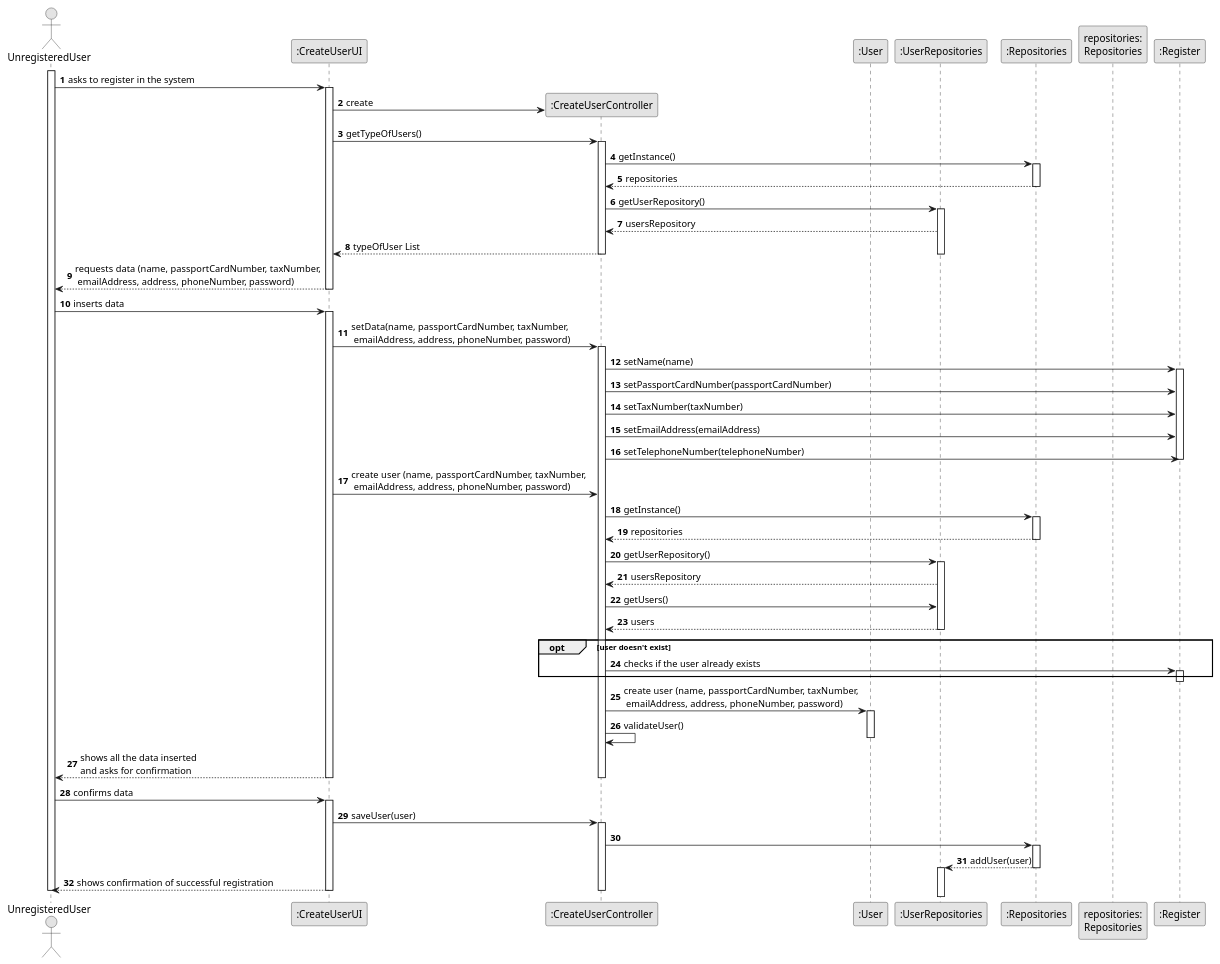
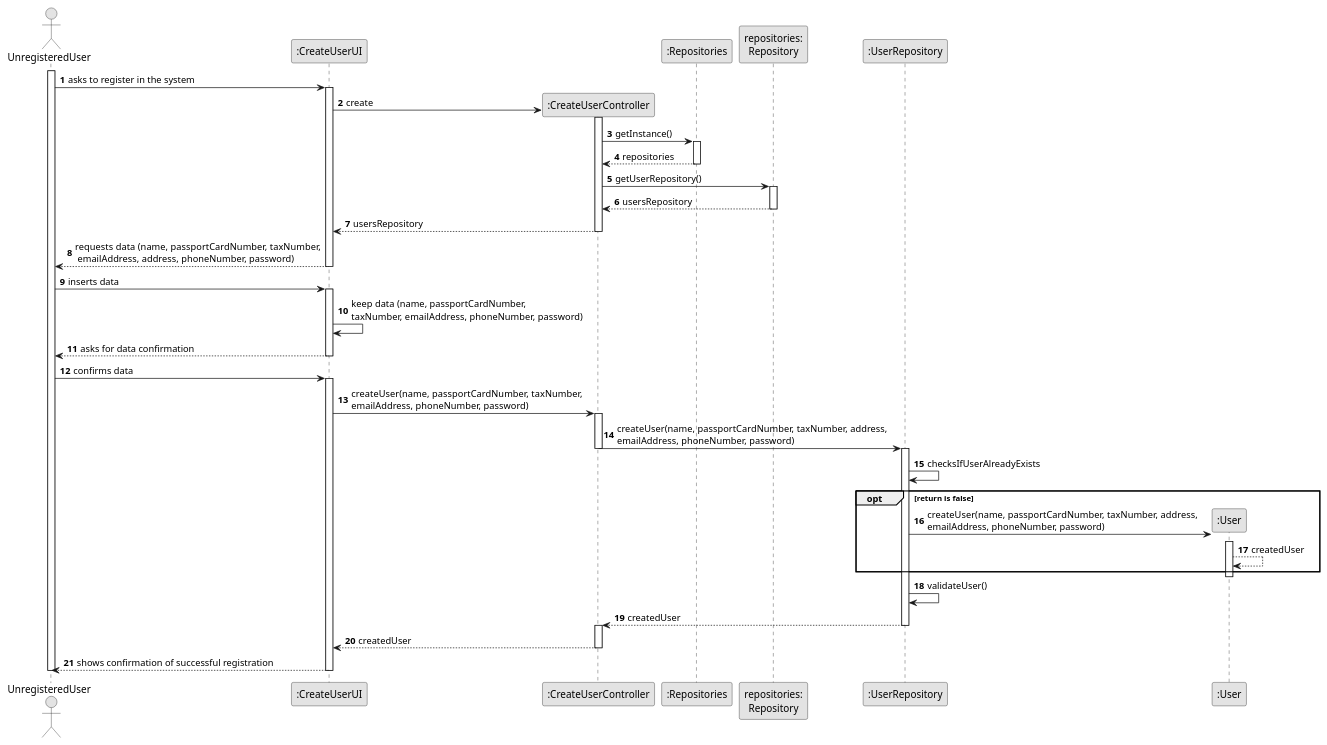
The diagram in docs/sprintB/us007/03.design/puml/us007-sequence-diagram-full.puml (1220812/LAPR2), drawn with PlantUML before and after one commit. The commit also changed 3 other files, not shown here.

Commit message:
Class diagram and sequence diagram done - US007

```diff
--- a/docs/sprintB/us007/03.design/puml/us007-sequence-diagram-full.puml
+++ b/docs/sprintB/us007/03.design/puml/us007-sequence-diagram-full.puml
@@ -1,133 +1,92 @@
 @startuml
 skinparam monochrome true
 skinparam packageStyle rectangle
 skinparam shadowing false
 
 autonumber
 
 'hide footbox
 actor "UnregisteredUser" as UU
 participant ":CreateUserUI" as UI
 participant ":CreateUserController" as CTRL
+participant ":Repositories" as R
+participant "repositories:\nRepository" as RR
+participant ":UserRepository" as UR
 participant ":User" as user
-participant ":UserRepositories" as UR
-participant ":Repositories" as R
-participant "repositories:\nRepositories"
-participant ":Register" as RE
 
 activate UU
 
         UU -> UI : asks to register in the system
 
         activate UI
 
         UI -> CTRL** : create
 
-        UI -> CTRL : getTypeOfUsers()
 
         activate CTRL
 
         CTRL -> R : getInstance()
 
         activate R
 
         R --> CTRL : repositories
         deactivate R
 
-        CTRL -> UR : getUserRepository()
-        activate UR
+        CTRL -> RR : getUserRepository()
+        activate RR
 
-        UR --> CTRL : usersRepository
+        RR --> CTRL : usersRepository
 
-        CTRL --> UI : typeOfUser List
+        deactivate RR
 
-        deactivate UR
-
-        deactivate R
+        CTRL --> UI : usersRepository
         deactivate CTRL
 
             UI --> UU : requests data (name, passportCardNumber, taxNumber,\n emailAddress, address, phoneNumber, password)
 
     deactivate UI
     UU -> UI : inserts data
     activate UI
 
-    UI -> CTRL : setData(name, passportCardNumber, taxNumber,\n emailAddress, address, phoneNumber, password)
+    UI -> UI : keep data (name, passportCardNumber, \ntaxNumber, emailAddress, phoneNumber, password)
+
+    UI --> UU : asks for data confirmation
+    deactivate UI
+    UU -> UI : confirms data
+
+    activate UI
+
+    UI -> CTRL : createUser(name, passportCardNumber, taxNumber, \nemailAddress, phoneNumber, password)
+
     activate CTRL
 
-    CTRL -> RE : setName(name)
-    activate RE
+    CTRL -> UR : createUser(name, passportCardNumber, taxNumber, address, \nemailAddress, phoneNumber, password)
+    deactivate CTRL
+    activate UR
+    UR -> UR : checksIfUserAlreadyExists
 
-    CTRL -> RE : setPassportCardNumber(passportCardNumber)
-    CTRL -> RE : setTaxNumber(taxNumber)
-    CTRL -> RE : setEmailAddress(emailAddress)
-    CTRL -> RE : setTelephoneNumber(telephoneNumber)
+    opt return is false
 
-    deactivate RE
-    UI -> CTRL : create user (name, passportCardNumber, taxNumber,\n emailAddress, address, phoneNumber, password)
+    UR -> user ** : createUser(name, passportCardNumber, taxNumber, address, \nemailAddress, phoneNumber, password)
+    activate user
+    user --> user : createdUser
 
-            CTRL -> R : getInstance()
-
-            activate R
-
-            R --> CTRL : repositories
-            deactivate R
-
-            CTRL -> UR : getUserRepository()
-            activate UR
-
-            UR --> CTRL : usersRepository
-
-            CTRL -> UR : getUsers()
-
-            UR --> CTRL : users
-            deactivate UR
-            opt user doesn't exist
-
-            CTRL -> RE : checks if the user already exists
-
-            activate RE
-
-
-            end
-
-            deactivate RE
-
-
-
-
-
-    CTRL -> user : create user (name, passportCardNumber, taxNumber,\n emailAddress, address, phoneNumber, password)
-    activate user
-    CTRL -> CTRL : validateUser()
-
+    end
     deactivate user
-
-        UI --> UU : shows all the data inserted \nand asks for confirmation
-        deactivate CTRL
-    deactivate UI
-
-    UU -> UI : confirms data
-    activate UI
-
-    UI -> CTRL : saveUser(user)
+    UR-> UR : validateUser()
+    UR --> CTRL : createdUser
+    deactivate UR
     activate CTRL
 
-    CTRL -> R :
+    CTRL --> UI : createdUser
 
-    activate R
-
-    R --> UR : addUser(user)
-    deactivate R
-    activate UR
-
-    deactivate UR
+    deactivate CTRL
 
     deactivate R
         UI --> UU : shows confirmation of successful registration
         deactivate CTRL
     deactivate UI
 
 deactivate UU
 
 @enduml
```
